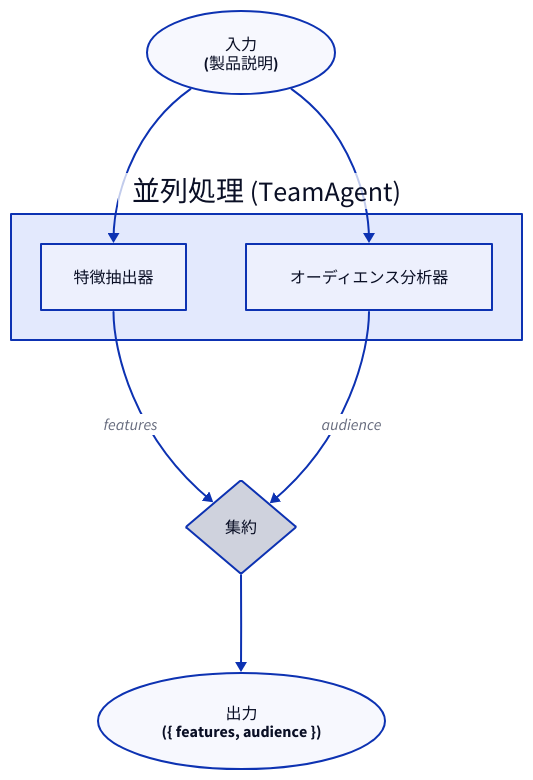
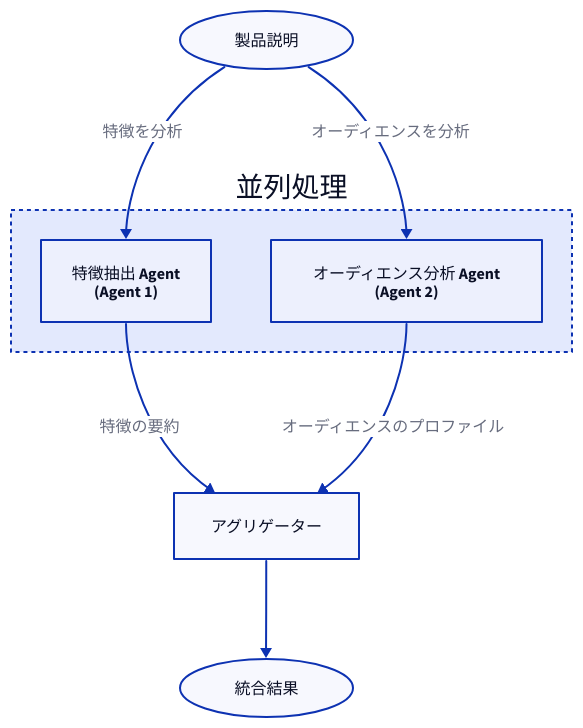
Before and after one commit to AIGNE-io/aigne-framework: the diagram in .aigne/doc-smith/docs/examples-workflow-concurrency.ja.md, drawn with D2. The commit also changed other lines of this file and 82 other files, not shown here.

````diff
--- a/.aigne/doc-smith/docs/examples-workflow-concurrency.ja.md
+++ b/.aigne/doc-smith/docs/examples-workflow-concurrency.ja.md
@@ -11,39 +16,36 @@
 ```d2
 direction: down
 
 Input: {
-  label: "入力\n(製品説明)"
+  label: "製品説明"
   shape: oval
 }
 
-TeamAgent: {
-  label: "並列処理 (TeamAgent)"
-  shape: rectangle
+Parallel-Processing: {
+  label: "並列処理"
+  style.stroke-dash: 2
 
   Feature-Extractor: {
-    label: "特徴抽出器"
-    shape: rectangle
+    label: "特徴抽出 Agent\n(Agent 1)"
   }
 
   Audience-Analyzer: {
-    label: "オーディエンス分析器"
-    shape: rectangle
+    label: "オーディエンス分析 Agent\n(Agent 2)"
   }
 }
 
-Aggregation: {
-  label: "集約"
-  shape: diamond
+Aggregator: {
+  label: "アグリゲーター"
 }
 
-Output: {
-  label: "出力\n({ features, audience })"
+Result: {
+  label: "統合結果"
   shape: oval
 }
 
-Input -> TeamAgent.Feature-Extractor
-Input -> TeamAgent.Audience-Analyzer
-TeamAgent.Feature-Extractor -> Aggregation: "features"
-TeamAgent.Audience-Analyzer -> Aggregation: "audience"
-Aggregation -> Output
+Input -> Parallel-Processing.Feature-Extractor: "特徴を分析"
+Input -> Parallel-Processing.Audience-Analyzer: "オーディエンスを分析"
+Parallel-Processing.Feature-Extractor -> Aggregator: "特徴の要約"
+Parallel-Processing.Audience-Analyzer -> Aggregator: "オーディエンスのプロファイル"
+Aggregator -> Result
 ```
````
